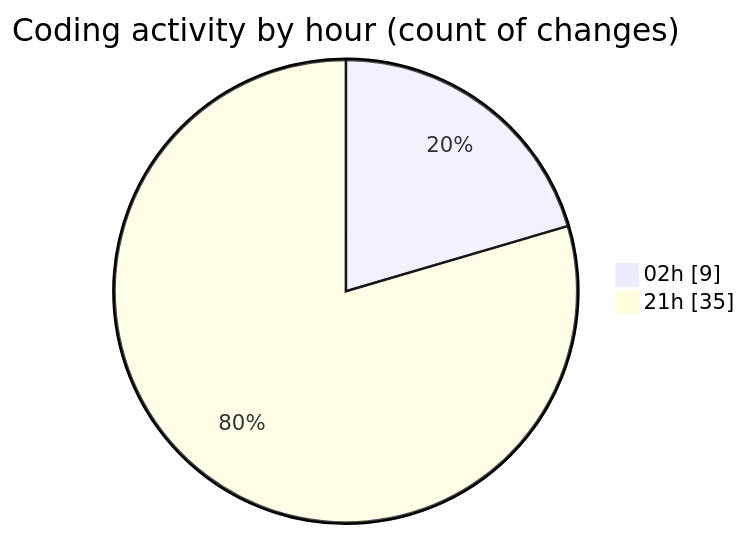
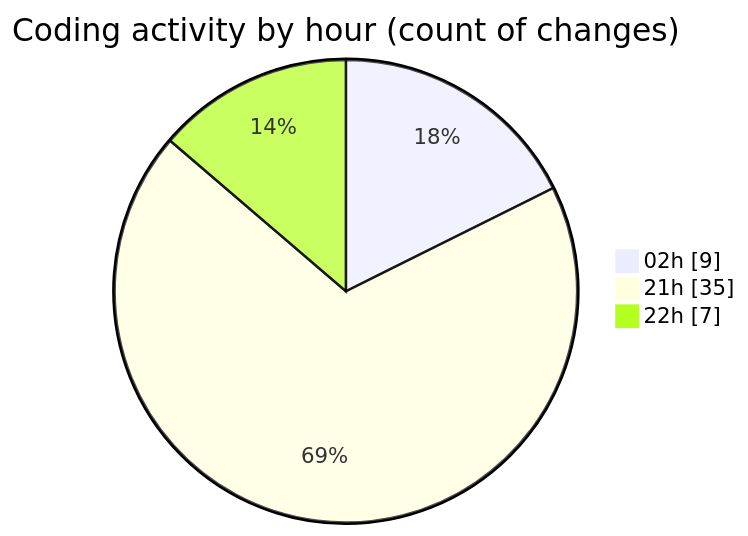
The second of 2 diagrams in 2026-02-22/student_performance_system/README.md (hasnaa123/code-tracking), drawn with Mermaid before and after one commit. The commit also changed other lines of this file and 1 other file, not shown here.

````diff
--- a/2026-02-22/student_performance_system/README.md
+++ b/2026-02-22/student_performance_system/README.md
@@ -28,6 +28,7 @@
 ```mermaid
 pie showData
 title Coding activity by hour (count of changes)
 "02h" : 9
 "21h" : 35
+"22h" : 7
 ```
````
